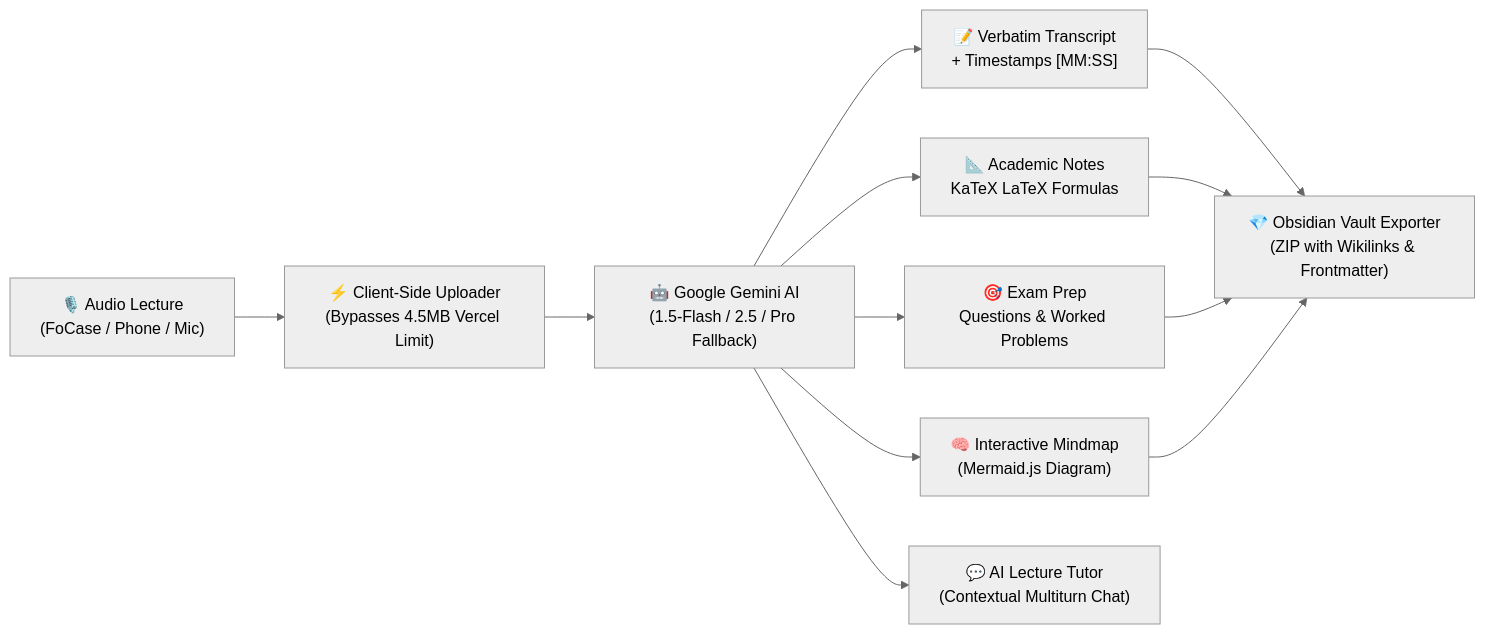
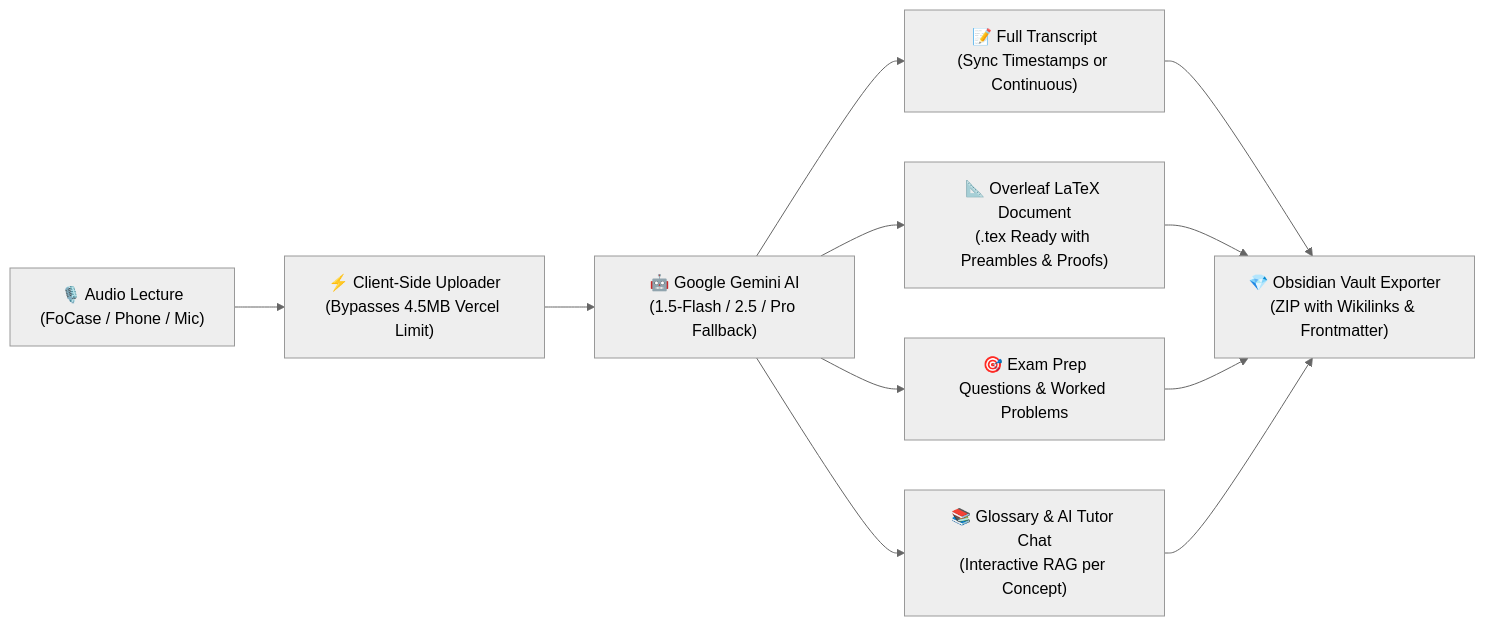
One commit to lorisscosta/omnilecture-studio changed the diagram in README.md. Above: the diagram before and after it, drawn with Mermaid (neutral theme). The commit also changed other lines of this file and 10 other files, not shown here.

Commit message:
feat: Overleaf LaTeX export in study guide, continuous transcript option, integrate chat in glossary, remove mindmap

````diff
--- a/README.md
+++ b/README.md
@@ -28,11 +28,10 @@
 ```mermaid
 flowchart LR
     A["🎙️ Audio Lecture\n(FoCase / Phone / Mic)"] --> B["⚡ Client-Side Uploader\n(Bypasses 4.5MB Vercel Limit)"]
     B --> C["🤖 Google Gemini AI\n(1.5-Flash / 2.5 / Pro Fallback)"]
-    C --> D["📝 Verbatim Transcript\n+ Timestamps [MM:SS]"]
-    C --> E["📐 Academic Notes\nKaTeX LaTeX Formulas"]
+    C --> D["📝 Full Transcript\n(Sync Timestamps or Continuous)"]
+    C --> E["📐 Overleaf LaTeX Document\n(.tex Ready with Preambles & Proofs)"]
     C --> F["🎯 Exam Prep\nQuestions & Worked Problems"]
-    C --> G["🧠 Interactive Mindmap\n(Mermaid.js Diagram)"]
-    C --> H["💬 AI Lecture Tutor\n(Contextual Multiturn Chat)"]
-    D & E & F & G --> I["💎 Obsidian Vault Exporter\n(ZIP with Wikilinks & Frontmatter)"]
+    C --> G["📚 Glossary & AI Tutor Chat\n(Interactive RAG per Concept)"]
+    D & E & F & G --> H["💎 Obsidian Vault Exporter\n(ZIP with Wikilinks & Frontmatter)"]
 ```
````
